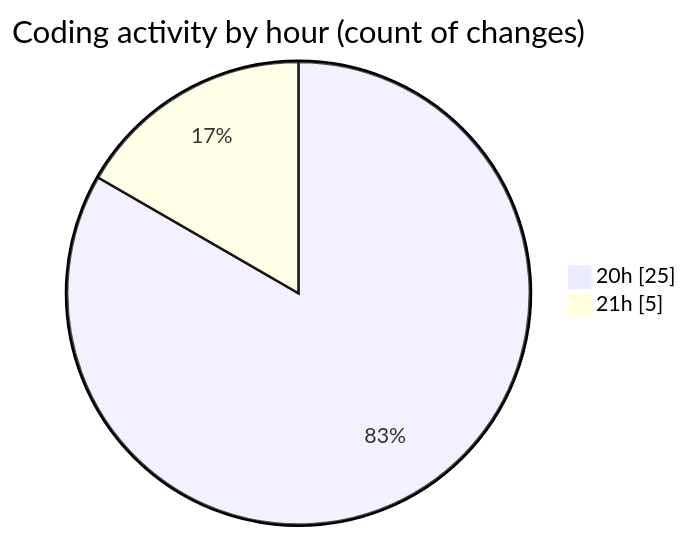
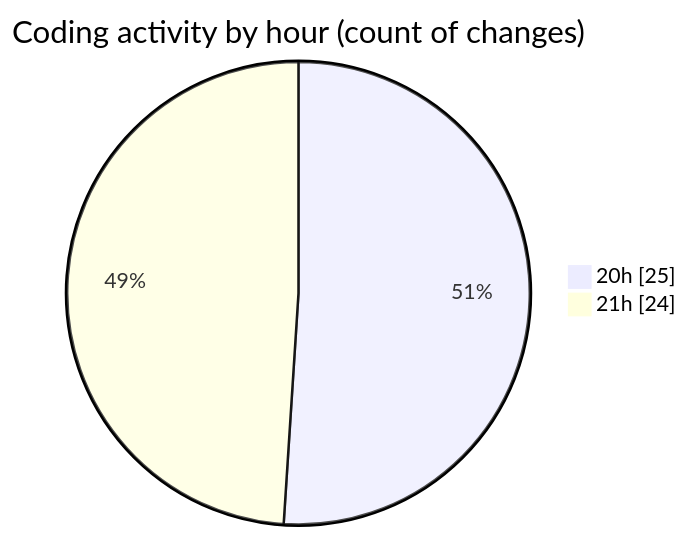
Before and after one commit to Netris89/code-tracking: the second of 2 diagrams in 2025-10-07/skintrack/README.md, drawn with Mermaid. The commit also changed other lines of this file and 1 other file, not shown here.

````diff
--- a/2025-10-07/skintrack/README.md
+++ b/2025-10-07/skintrack/README.md
@@ -31,6 +37,6 @@
 ```mermaid
 pie showData
 title Coding activity by hour (count of changes)
 "20h" : 25
-"21h" : 5
+"21h" : 24
 ```
````
